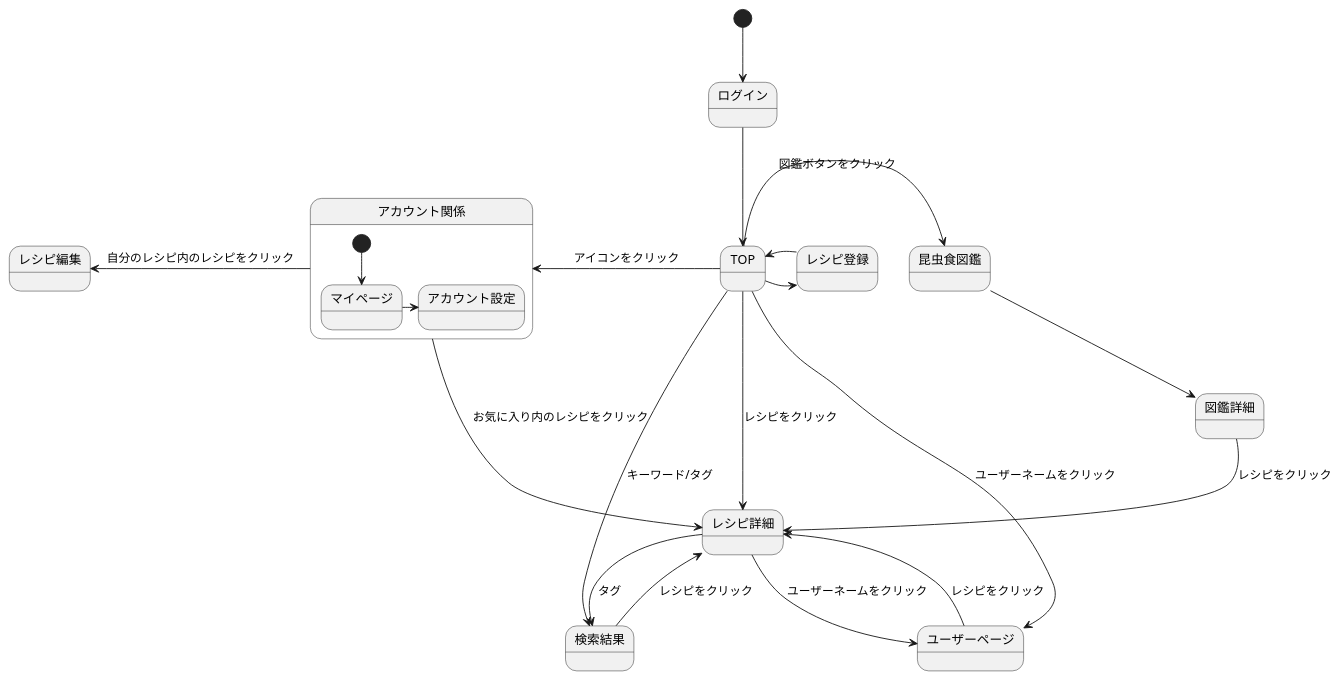
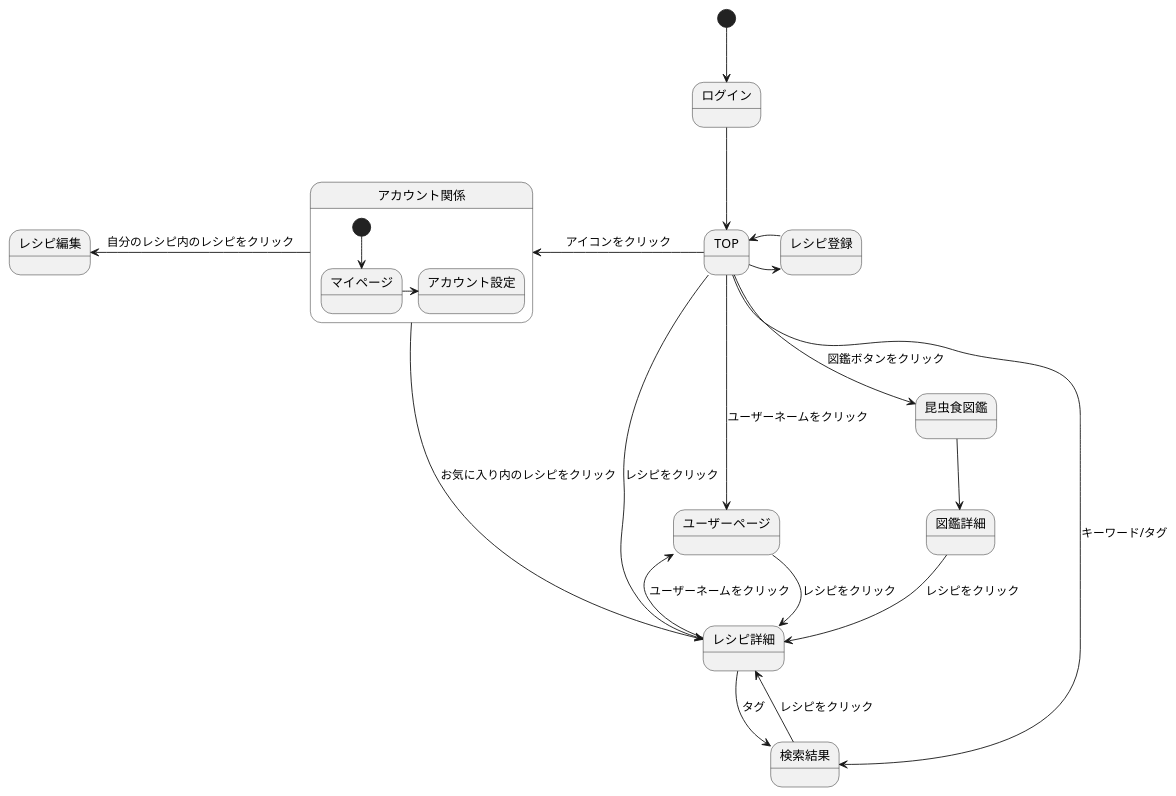
Before and after one commit to ASO2001040/bugbug-design: the diagram in ScreenTransitionDiagramlogin.md, drawn with PlantUML.

````diff
--- a/ScreenTransitionDiagramlogin.md
+++ b/ScreenTransitionDiagramlogin.md
@@ -1,27 +1,27 @@
 ```uml
 @startuml
 [*]-->ログイン
 
 ログイン-->TOP
 TOP-left->アカウント関係: アイコンをクリック
 TOP->レシピ登録
 レシピ登録->TOP
-TOP->昆虫食図鑑: 図鑑ボタンをクリック
+TOP-->昆虫食図鑑: 図鑑ボタンをクリック
 TOP->ユーザーページ: ユーザーネームをクリック
 TOP->レシピ詳細: レシピをクリック
 TOP->検索結果: キーワード/タグ
 アカウント関係->レシピ詳細: お気に入り内のレシピをクリック
 アカウント関係-left->レシピ編集: 自分のレシピ内のレシピをクリック
 ユーザーページ-->レシピ詳細: レシピをクリック
 レシピ詳細-->ユーザーページ: ユーザーネームをクリック
 レシピ詳細-->検索結果: タグ
 検索結果-->レシピ詳細: レシピをクリック
 昆虫食図鑑-->図鑑詳細
 図鑑詳細-->レシピ詳細: レシピをクリック
 
 state アカウント関係 {
  [*] --> マイページ
 マイページ-> アカウント設定
  }
 @enduml
 ```
````
